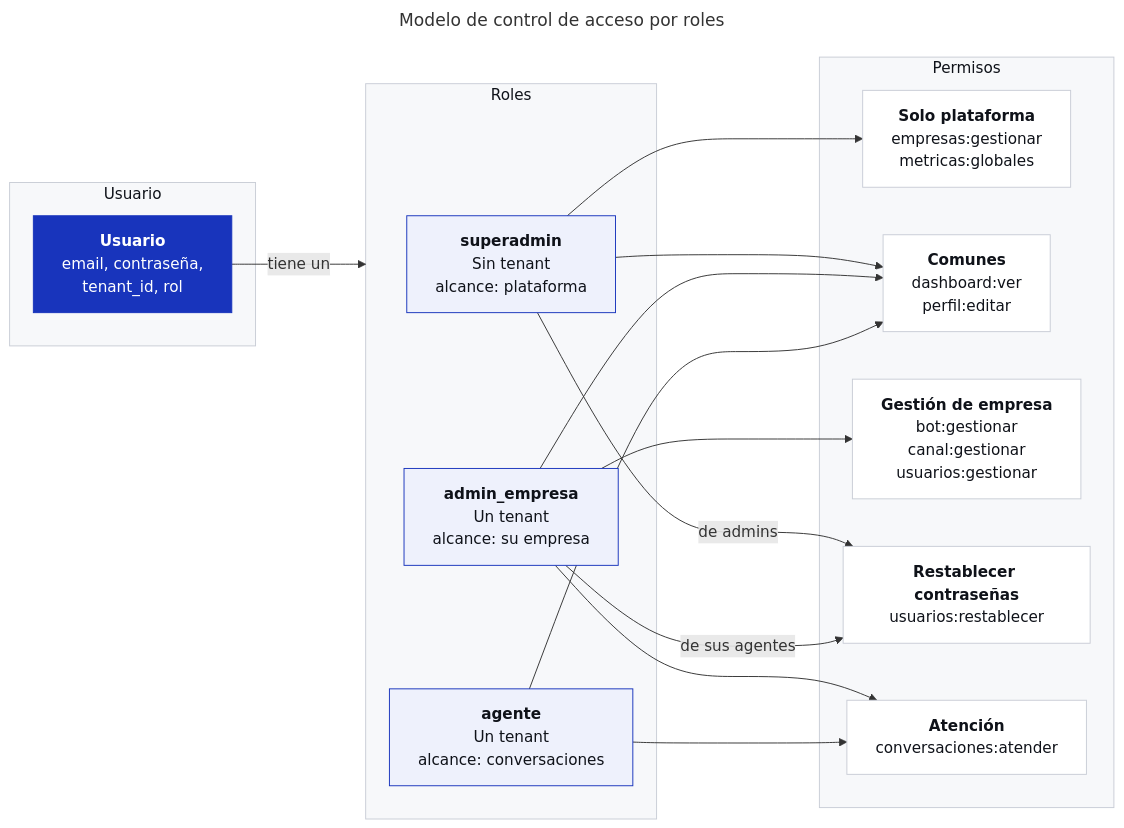
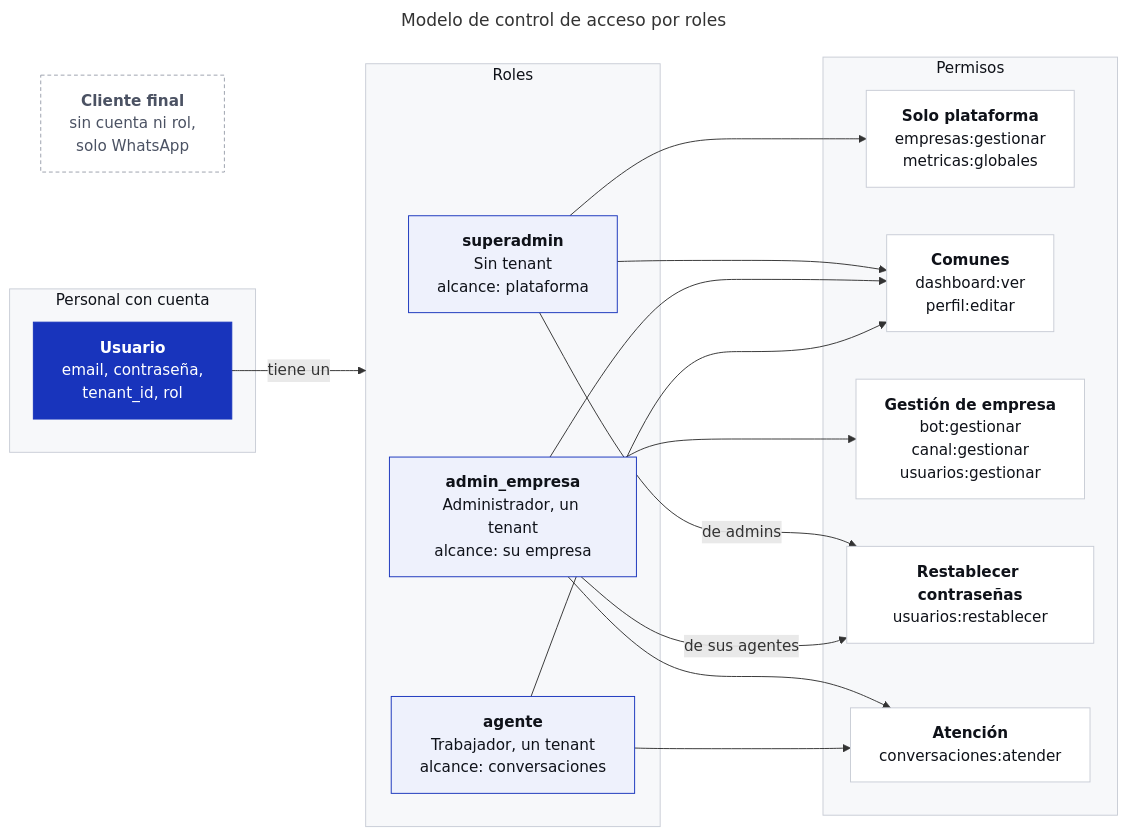
One commit to GerardoGM14/app-tesis-chatbot changed the first of 2 diagrams in docs/01-arquitectura/seguridad/autenticacion-y-roles.md. Above: the diagram before and after it, drawn with Mermaid. The commit also changed other lines of this file and 20 other files, not shown here.

Commit message:
docs: arquitectura y seguridad con el cliente final fuera de la plataforma

````diff
--- a/docs/01-arquitectura/seguridad/autenticacion-y-roles.md
+++ b/docs/01-arquitectura/seguridad/autenticacion-y-roles.md
@@ -9,44 +22,49 @@
 ```mermaid
 ---
 title: "Modelo de control de acceso por roles"
 ---
 flowchart LR
-  subgraph USR["Usuario"]
+  CF["<b>Cliente final</b><br/>sin cuenta ni rol,<br/>solo WhatsApp"]
+
+  subgraph USR["Personal con cuenta"]
     U["<b>Usuario</b><br/>email, contraseña,<br/>tenant_id, rol"]
   end
 
   subgraph ROLES["Roles"]
     R1["<b>superadmin</b><br/>Sin tenant<br/>alcance: plataforma"]
-    R2["<b>admin_empresa</b><br/>Un tenant<br/>alcance: su empresa"]
-    R3["<b>agente</b><br/>Un tenant<br/>alcance: conversaciones"]
+    R2["<b>admin_empresa</b><br/>Administrador, un tenant<br/>alcance: su empresa"]
+    R3["<b>agente</b><br/>Trabajador, un tenant<br/>alcance: conversaciones"]
   end
 
   subgraph PERMS["Permisos"]
     P1["<b>Solo plataforma</b><br/>empresas:gestionar<br/>metricas:globales"]
     P2["<b>Comunes</b><br/>dashboard:ver<br/>perfil:editar"]
     P3["<b>Gestión de empresa</b><br/>bot:gestionar<br/>canal:gestionar<br/>usuarios:gestionar"]
     P4["<b>Restablecer contraseñas</b><br/>usuarios:restablecer"]
     P5["<b>Atención</b><br/>conversaciones:atender"]
   end
 
+  CF ~~~ ROLES
   U -- "tiene un" --> ROLES
   R1 --> P1
   R1 --> P2
   R1 -- "de admins" --> P4
   R2 --> P2
   R2 --> P3
   R2 -- "de sus agentes" --> P4
   R2 --> P5
   R3 --> P2
   R3 --> P5
 
   classDef entity fill:#1834BC,stroke:#1834BC,color:#FFFFFF
   classDef role fill:#EEF1FC,stroke:#1834BC,color:#0F1219
   classDef perm fill:#FFFFFF,stroke:#C9CDD6,color:#0F1219
+  classDef outside fill:#FFFFFF,stroke:#9AA0AC,color:#4B5263,stroke-dasharray:4 3
   class U entity
+  class CF outside
   class R1,R2,R3 role
   class P1,P2,P3,P4,P5 perm
   style USR fill:#F7F8FA,stroke:#C9CDD6,color:#0F1219
   style ROLES fill:#F7F8FA,stroke:#C9CDD6,color:#0F1219
   style PERMS fill:#F7F8FA,stroke:#C9CDD6,color:#0F1219
 ```
````
